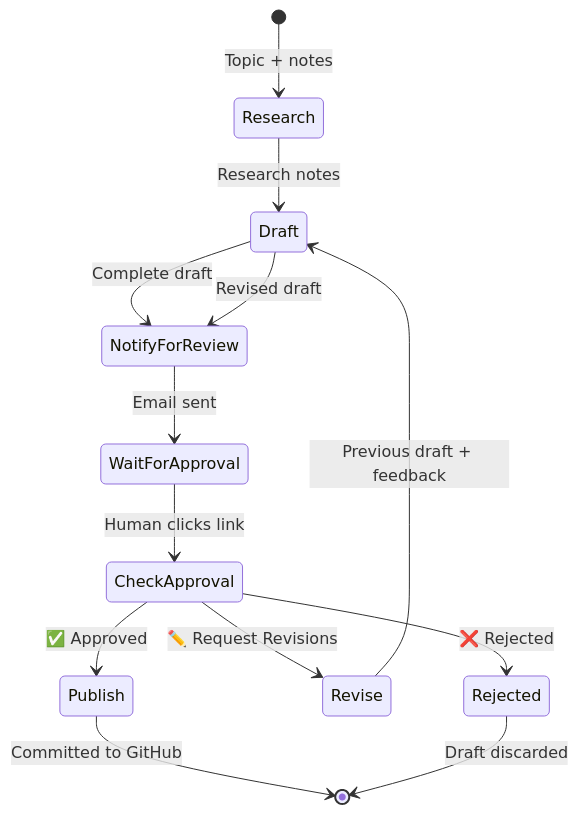
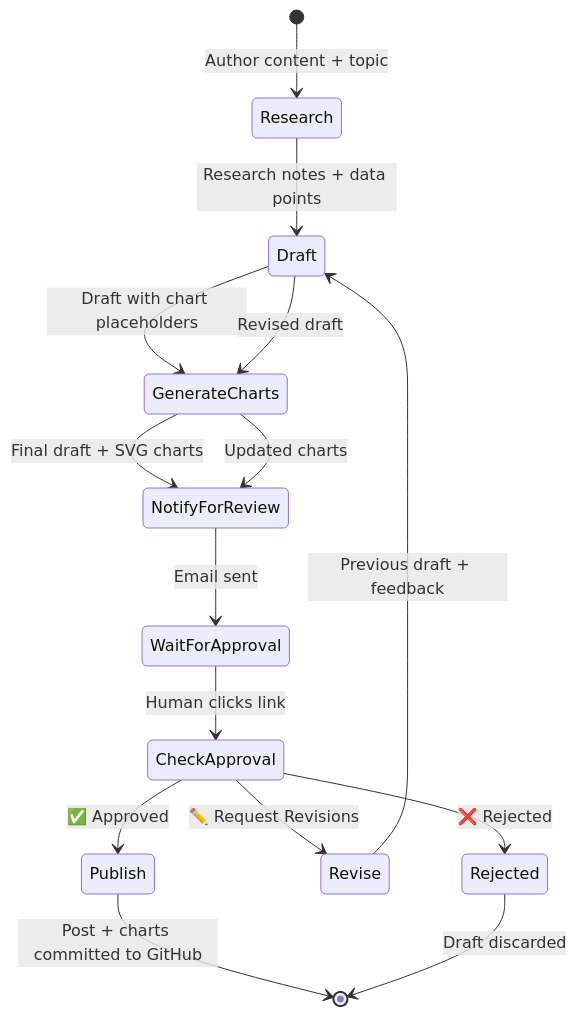
The second of 4 diagrams in src/content/blog/i-built-an-ai-agent-that-writes-for-my-blog.md (kzaky/khaledzaky.com), drawn with Mermaid before and after one commit. The commit also changed other lines of this file, not shown here.

Commit message:
Refresh AI agent blog post: author-content-first workflow, voice profile, chart generation, email directives, updated Mermaid diagrams

````diff
--- a/src/content/blog/i-built-an-ai-agent-that-writes-for-my-blog.md
+++ b/src/content/blog/i-built-an-ai-agent-that-writes-for-my-blog.md
@@ -86,19 +96,21 @@
 ```mermaid
 stateDiagram-v2
-    [*] --> Research : Topic + notes
-    Research --> Draft : Research notes
-    Draft --> NotifyForReview : Complete draft
+    [*] --> Research : Author content + topic
+    Research --> Draft : Research notes + data points
+    Draft --> GenerateCharts : Draft with chart placeholders
+    GenerateCharts --> NotifyForReview : Final draft + SVG charts
 
     NotifyForReview --> WaitForApproval : Email sent
     WaitForApproval --> CheckApproval : Human clicks link
 
     CheckApproval --> Publish : ✅ Approved
     CheckApproval --> Revise : ✏️ Request Revisions
     CheckApproval --> Rejected : ❌ Rejected
 
     Revise --> Draft : Previous draft + feedback
-    Draft --> NotifyForReview : Revised draft
+    Draft --> GenerateCharts : Revised draft
+    GenerateCharts --> NotifyForReview : Updated charts
 
-    Publish --> [*] : Committed to GitHub
+    Publish --> [*] : Post + charts committed to GitHub
     Rejected --> [*] : Draft discarded
 ```
````
